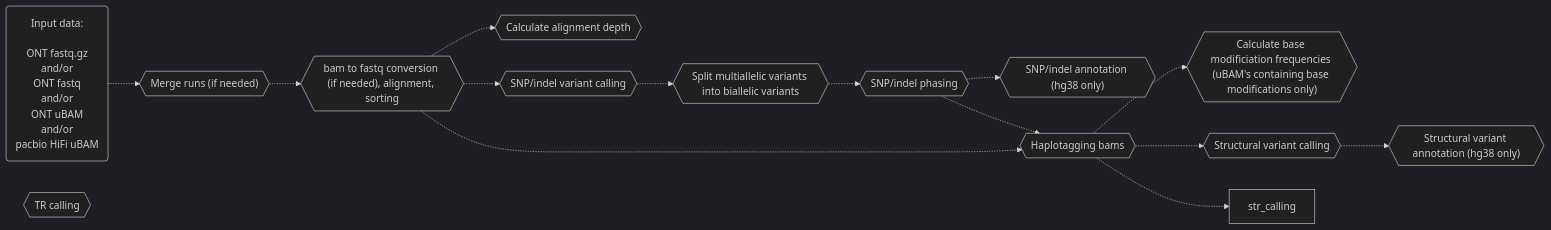
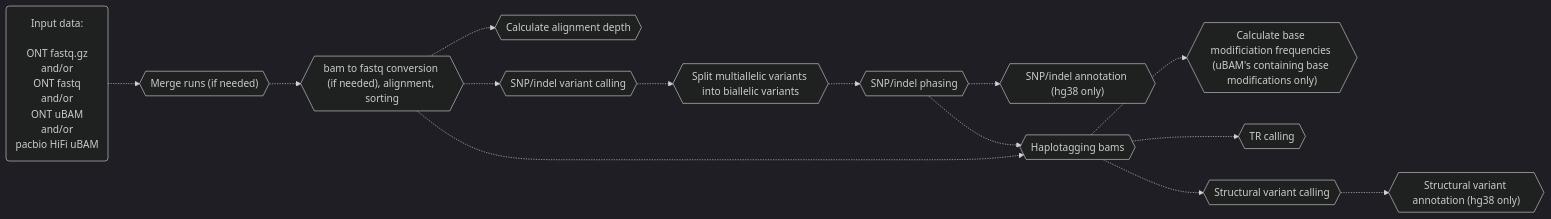
One commit to leahkemp/pipeface changed the first of 3 diagrams in README.md. Above: the diagram before and after it, drawn with Mermaid. The commit also changed other lines of this file, not shown here.

````diff
--- a/README.md
+++ b/README.md
@@ -18,26 +18,26 @@
 ```mermaid
 %%{init: {'theme':'dark'}}%%
 flowchart LR
 
 input_data("Input data: <br><br> ONT fastq.gz <br> and/or <br> ONT fastq <br> and/or <br> ONT uBAM <br> and/or <br> pacbio HiFi uBAM")
 merging{{"Merge runs (if needed)"}}
 alignment{{"bam to fastq conversion (if needed), alignment, sorting"}}
 depth{{"Calculate alignment depth"}}
 snp_indel_calling{{"SNP/indel variant calling"}}
 split_multiallele{{"Split multiallelic variants into biallelic variants"}}
 snp_indel_phasing{{"SNP/indel phasing"}}
 snp_indel_annotation{{"SNP/indel annotation (hg38 only)"}}
 haplotagging{{"Haplotagging bams"}}
 calculate_base_mod_freqs{{"Calculate base modificiation frequencies (uBAM's containing base modifications only)"}}
 tr_calling{{"TR calling"}}
 sv_calling{{"Structural variant calling"}}
 sv_annotation{{"Structural variant annotation (hg38 only)"}}
 
 input_data-.->merging-.->alignment-.->snp_indel_calling-.->split_multiallele-.->snp_indel_phasing-.->haplotagging-.->sv_calling
 alignment-.->depth
 alignment-.->haplotagging
 haplotagging-.->calculate_base_mod_freqs
-haplotagging-.->str_calling
+haplotagging-.->tr_calling
 snp_indel_phasing-.->snp_indel_annotation
 sv_calling-.->sv_annotation
 ```
````
